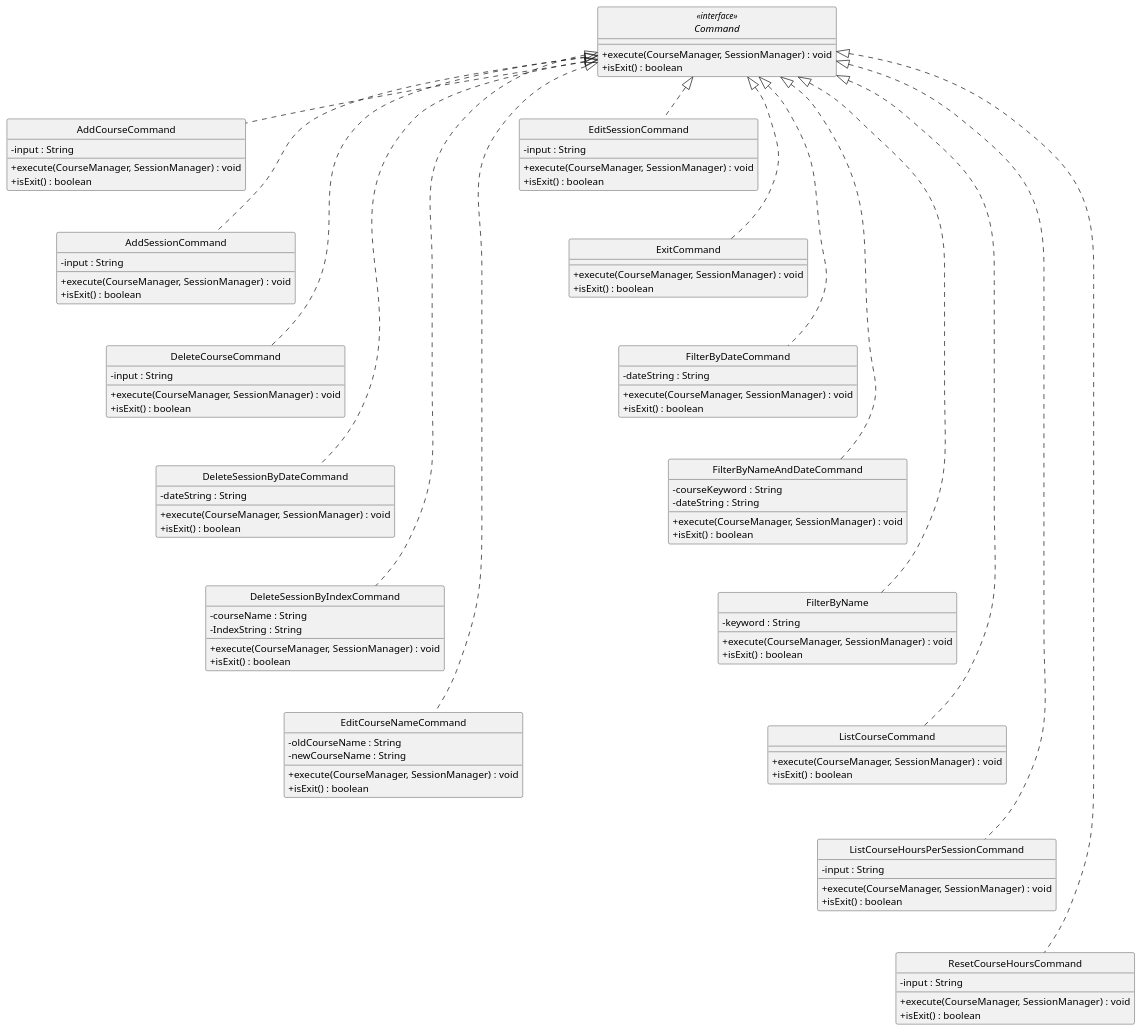
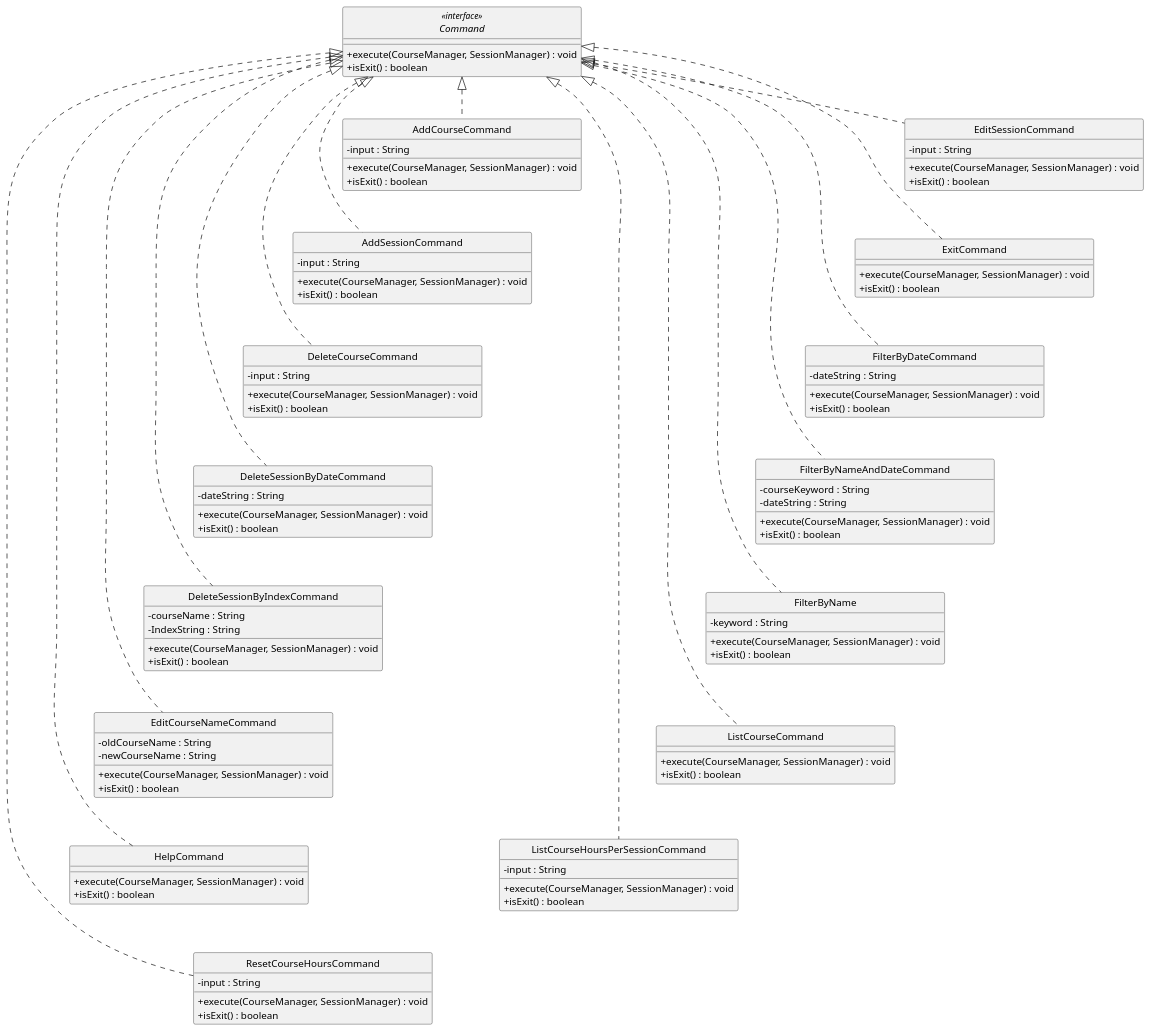
Before and after one commit to t-kandasami/tp: the diagram in docs/diagrams/CommandClassDiagram.puml, drawn with PlantUML. The commit also changed 2 other files, not shown here.

Commit message:
docs: Add HelpCommand to DG

```diff
--- a/docs/diagrams/CommandClassDiagram.puml
+++ b/docs/diagrams/CommandClassDiagram.puml
@@ -1,127 +1,133 @@
 @startuml
 'https://plantuml.com/class-diagram
 skinparam ClassAttributeIconSize 0
 hide circle
 
 interface Command <<interface>> {
     + execute(CourseManager, SessionManager) : void
     + isExit() : boolean
 }
 
 class AddCourseCommand {
     - input : String
     + execute(CourseManager, SessionManager) : void
     + isExit() : boolean
 }
 
 class AddSessionCommand {
     - input : String
     + execute(CourseManager, SessionManager) : void
     + isExit() : boolean
 }
 
 class DeleteCourseCommand {
     - input : String
     + execute(CourseManager, SessionManager) : void
     + isExit() : boolean
 }
 
 class DeleteSessionByDateCommand {
     - dateString : String
     + execute(CourseManager, SessionManager) : void
     + isExit() : boolean
 }
 
 class DeleteSessionByIndexCommand {
     - courseName : String
     - IndexString : String
     + execute(CourseManager, SessionManager) : void
     + isExit() : boolean
 }
 
 class EditCourseNameCommand {
     - oldCourseName : String
     - newCourseName : String
     + execute(CourseManager, SessionManager) : void
     + isExit() : boolean
 }
 
 class EditSessionCommand {
     - input : String
     + execute(CourseManager, SessionManager) : void
     + isExit() : boolean
 }
 
 class ExitCommand {
     + execute(CourseManager, SessionManager) : void
     + isExit() : boolean
 }
 
 class FilterByDateCommand {
     - dateString : String
     + execute(CourseManager, SessionManager) : void
     + isExit() : boolean
 }
 
 class FilterByNameAndDateCommand {
     - courseKeyword : String
     - dateString : String
     + execute(CourseManager, SessionManager) : void
     + isExit() : boolean
 }
 
 class FilterByName {
     - keyword : String
     + execute(CourseManager, SessionManager) : void
     + isExit() : boolean
 }
 
 class ListCourseCommand {
     + execute(CourseManager, SessionManager) : void
     + isExit() : boolean
 }
 
 class ListCourseHoursPerSessionCommand {
     - input : String
     + execute(CourseManager, SessionManager) : void
     + isExit() : boolean
 }
 
 class ResetCourseHoursCommand {
     - input : String
     + execute(CourseManager, SessionManager) : void
     + isExit() : boolean
 }
 
+class HelpCommand {
+    + execute(CourseManager, SessionManager) : void
+    + isExit() : boolean
+}
+
 AddCourseCommand -[hidden]down- AddSessionCommand
 AddSessionCommand -[hidden]down- DeleteCourseCommand
 DeleteCourseCommand -[hidden]down- DeleteSessionByDateCommand
 DeleteSessionByDateCommand -[hidden]down- DeleteSessionByIndexCommand
 DeleteSessionByIndexCommand -[hidden]down- EditCourseNameCommand
-
+EditCourseNameCommand -[hidden]down- HelpCommand
 EditSessionCommand -[hidden]down- ExitCommand
 ExitCommand -[hidden]down- FilterByDateCommand
 FilterByDateCommand -[hidden]down- FilterByNameAndDateCommand
 FilterByNameAndDateCommand -[hidden]down- FilterByName
 FilterByName -[hidden]down- ListCourseCommand
 ListCourseCommand -[hidden]down- ListCourseHoursPerSessionCommand
 ListCourseHoursPerSessionCommand -[hidden]down- ResetCourseHoursCommand
 
 AddCourseCommand .up.|> Command
 AddSessionCommand .up.|> Command
 DeleteCourseCommand .up.|> Command
 DeleteSessionByDateCommand .up.|> Command
 DeleteSessionByIndexCommand .up.|> Command
 EditCourseNameCommand .up.|> Command
+HelpCommand .up.|> Command
 
 EditSessionCommand .up.|> Command
 ExitCommand .up.|> Command
 FilterByDateCommand .up.|> Command
 FilterByNameAndDateCommand .up.|> Command
 FilterByName .up.|> Command
 ListCourseCommand .up.|> Command
 ListCourseHoursPerSessionCommand .up.|> Command
 ResetCourseHoursCommand .up.|> Command
 
 
 @enduml
```
